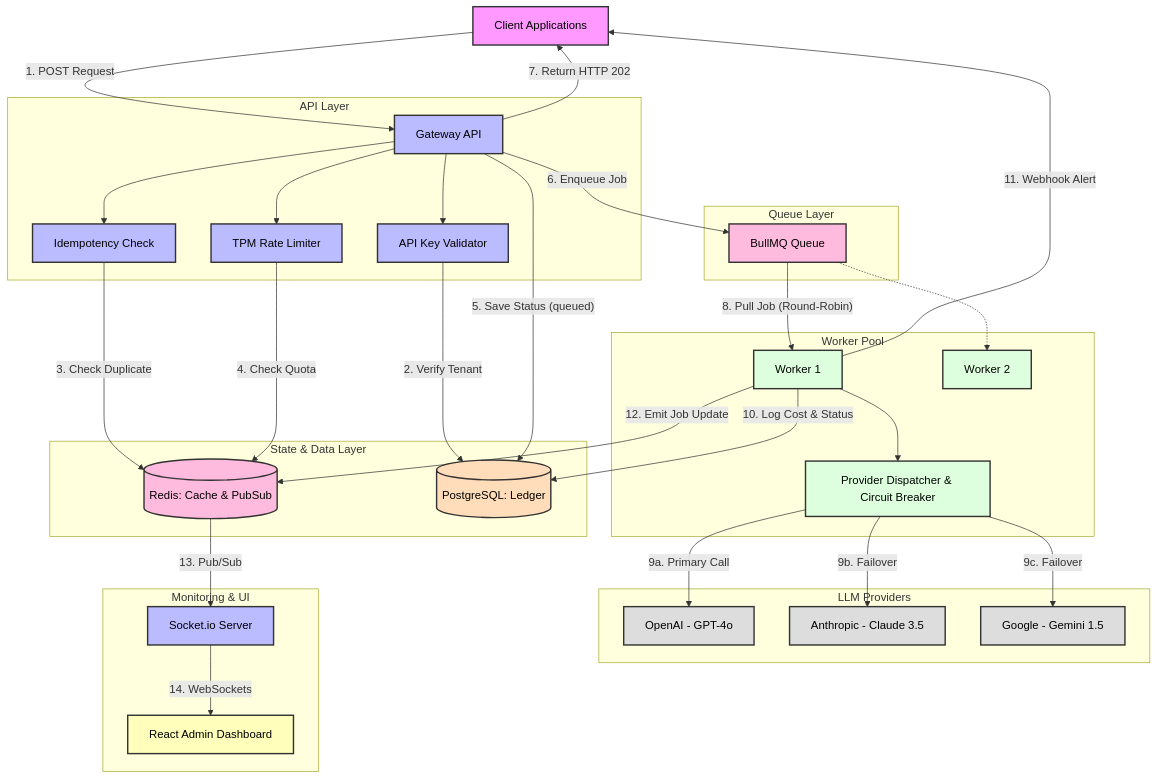
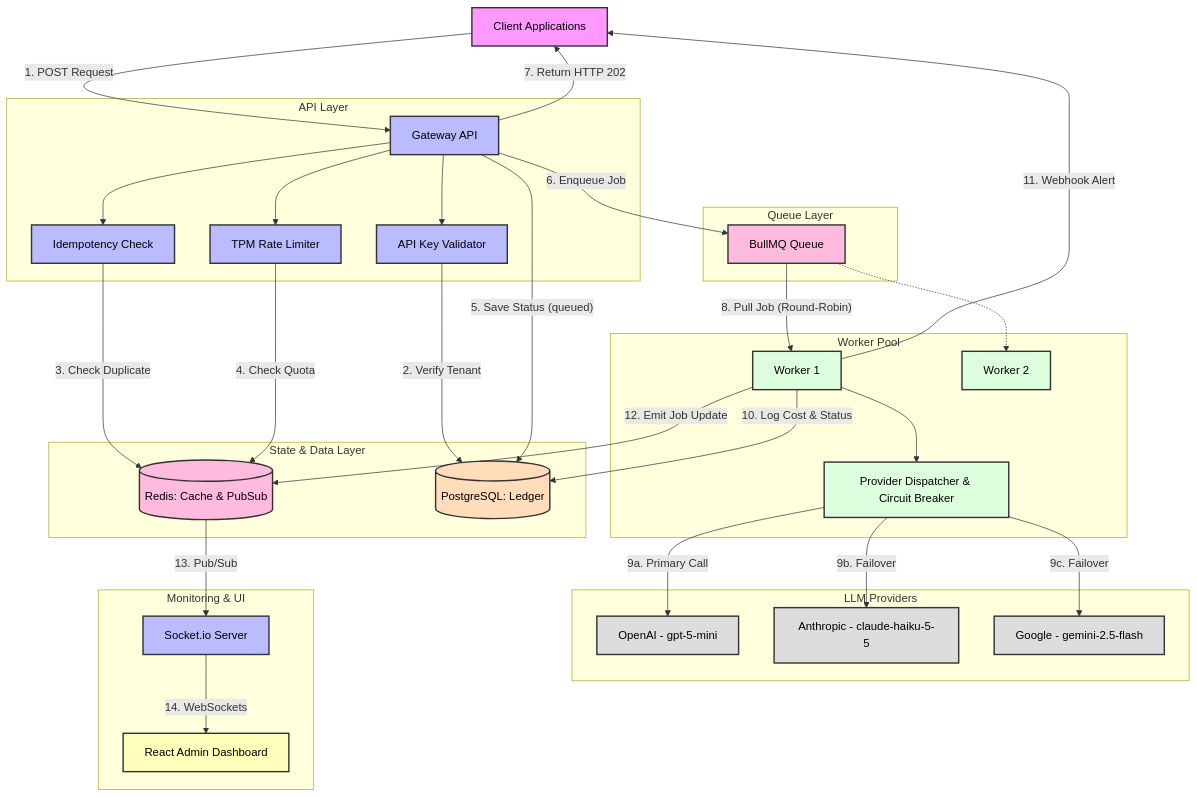
Before and after one commit to Yash2004Codes/AI_Gateway: the diagram in README.md, drawn with Mermaid. The commit also changed other lines of this file and 1 other file, not shown here.

First line of the commit message:
Add architecture diagram and author section to README

```diff
--- a/README.md
+++ b/README.md
@@ -120,9 +61,9 @@
 
     %% External LLMs
     subgraph LLMProviders [LLM Providers]
-        OpenAI[OpenAI - GPT-4o]:::external
-        Anthropic[Anthropic - Claude 3.5]:::external
-        Gemini[Google - Gemini 1.5]:::external
+        OpenAI[OpenAI - gpt-5-mini]:::external
+        Anthropic[Anthropic - claude-haiku-5-5]:::external
+        Gemini[Google - gemini-2.5-flash]:::external
     end
 
     %% Observability Layer
```
